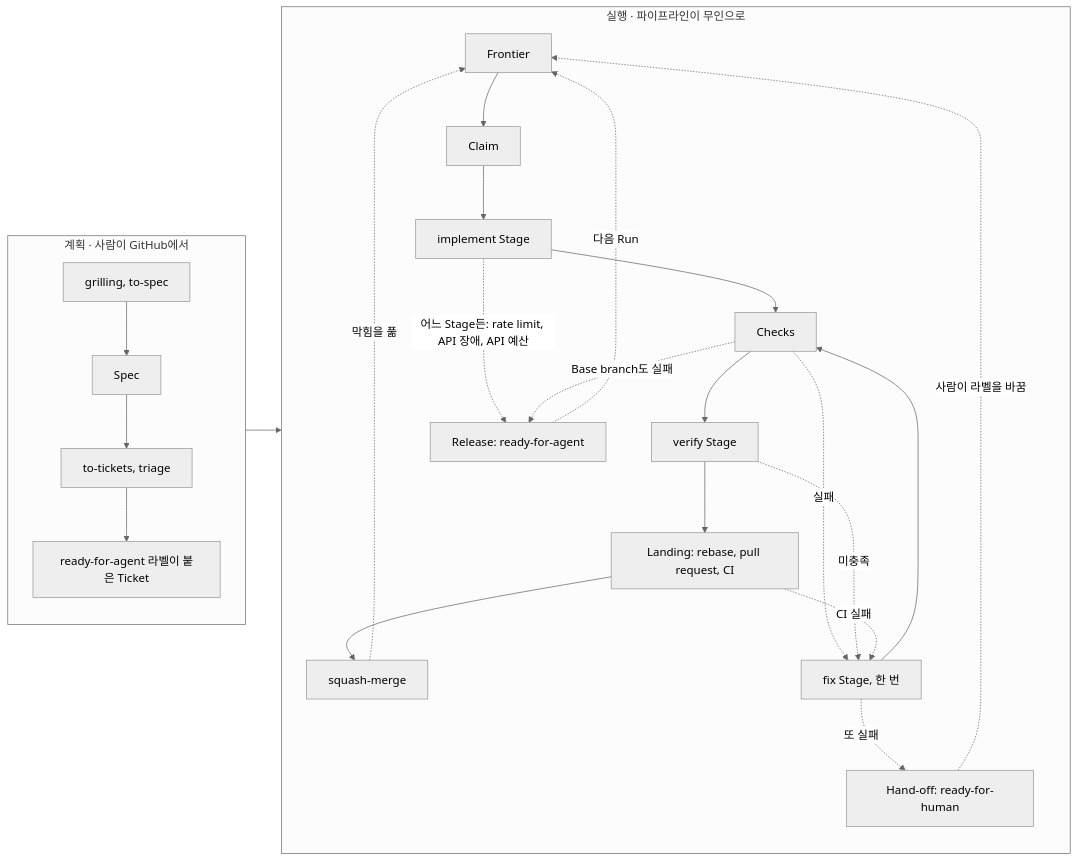
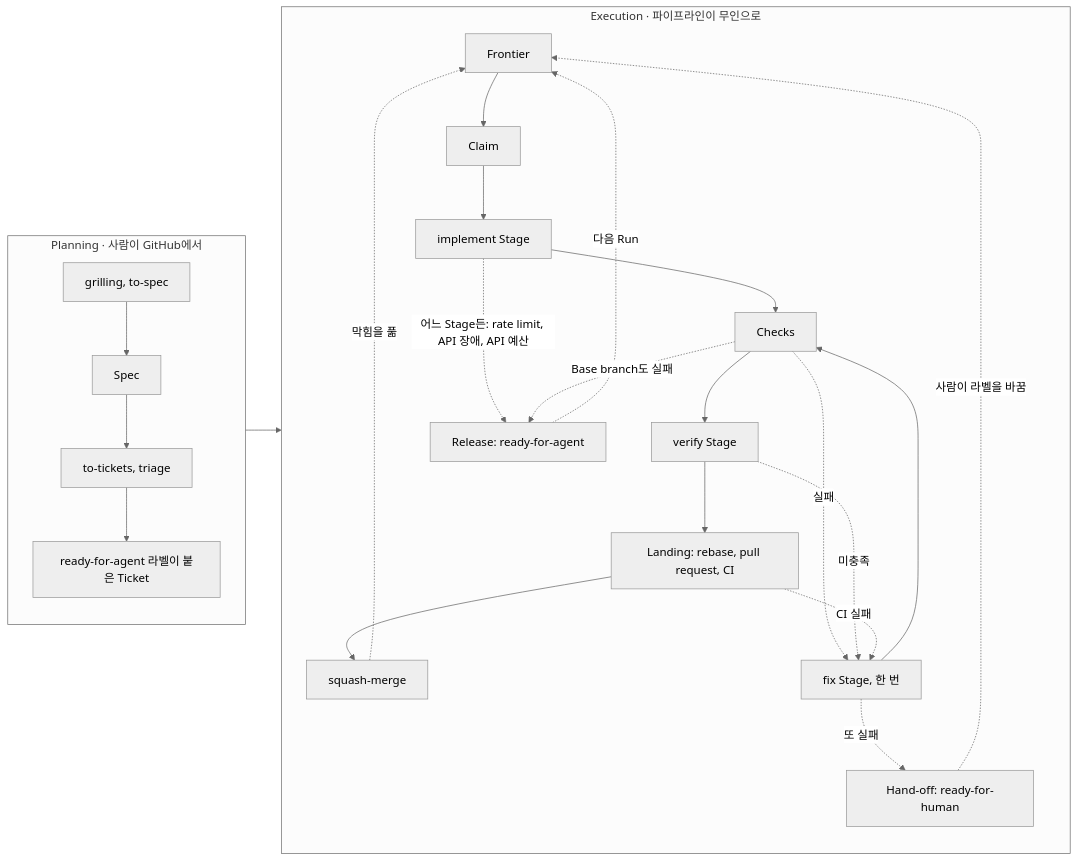
One commit to jjongs2/ticket-runner changed the diagram in wiki/ko/index.md. Above: the diagram before and after it, drawn with Mermaid (neutral theme). The commit also changed other lines of this file and 7 other files, not shown here.

````diff
--- a/wiki/ko/index.md
+++ b/wiki/ko/index.md
@@ -53,29 +53,29 @@
 ```mermaid
 flowchart LR
-  subgraph Planning["계획 · 사람이 GitHub에서"]
+  subgraph Planning["Planning · 사람이 GitHub에서"]
     direction TB
     G["grilling, to-spec"] --> S[Spec]
     S --> T["to-tickets, triage"]
     T --> R["ready-for-agent 라벨이 붙은 Ticket"]
   end
-  subgraph Execution["실행 · 파이프라인이 무인으로"]
+  subgraph Execution["Execution · 파이프라인이 무인으로"]
     direction TB
     F[Frontier] --> C[Claim]
     C --> I[implement Stage]
     I --> K[Checks]
     K --> V[verify Stage]
     V --> L["Landing: rebase, pull request, CI"]
     L --> M[squash-merge]
     K -. 실패 .-> X["fix Stage, 한 번"]
     V -. 미충족 .-> X
     L -. CI 실패 .-> X
     X --> K
     X -. 또 실패 .-> H["Hand-off: ready-for-human"]
     I -. "어느 Stage든: rate limit, API 장애, API 예산" .-> RL["Release: ready-for-agent"]
     K -. Base branch도 실패 .-> RL
   end
   R --> F
   M -. 막힘을 풂 .-> F
   H -. 사람이 라벨을 바꿈 .-> F
   RL -. 다음 Run .-> F
 ```
````
